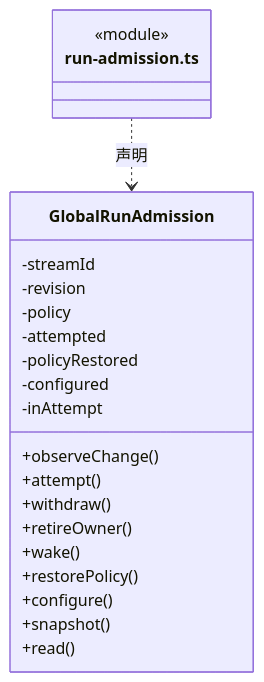
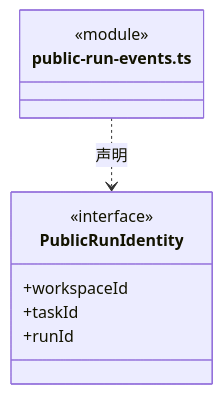
Before and after one commit to nan023062/cbim: the sixth of 8 diagrams in src/backend/scheduler-engine/runtime/ARCHITECTURE.md, drawn with Mermaid. The commit also changed other lines of this file and 971 other files, not shown here.

````diff
--- a/src/backend/scheduler-engine/runtime/ARCHITECTURE.md
+++ b/src/backend/scheduler-engine/runtime/ARCHITECTURE.md
@@ -227,25 +148,13 @@
 ```mermaid
 classDiagram
-class N_src_backend_scheduler_engine_runtime_run_admission_ts["run-admission.ts"] {
+class N_src_backend_scheduler_engine_runtime_public_run_events_ts["public-run-events.ts"] {
   <<module>>
 }
-class N_src_backend_scheduler_engine_runtime_run_admission_ts_GlobalRunAdmission["GlobalRunAdmission"] {
-  +observeChange()
-  +attempt()
-  +withdraw()
-  +retireOwner()
-  +wake()
-  +restorePolicy()
-  +configure()
-  +snapshot()
-  +read()
-  -streamId
-  -revision
-  -policy
-  -attempted
-  -policyRestored
-  -configured
-  -inAttempt
+class N_src_backend_scheduler_engine_runtime_public_run_events_ts_PublicRunIdentity["PublicRunIdentity"] {
+  <<interface>>
+  +workspaceId
+  +taskId
+  +runId
 }
-N_src_backend_scheduler_engine_runtime_run_admission_ts ..> N_src_backend_scheduler_engine_runtime_run_admission_ts_GlobalRunAdmission : 声明
+N_src_backend_scheduler_engine_runtime_public_run_events_ts ..> N_src_backend_scheduler_engine_runtime_public_run_events_ts_PublicRunIdentity : 声明
 ```
````
